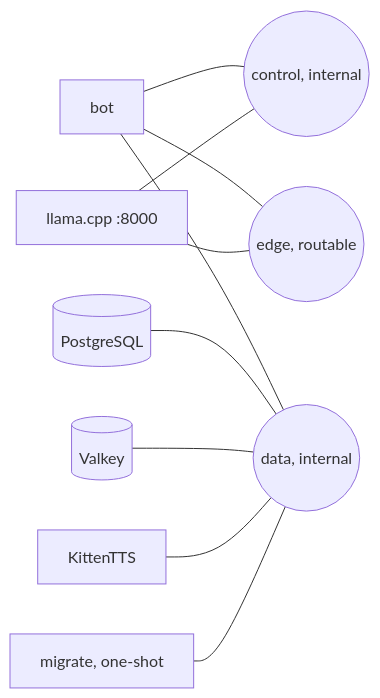
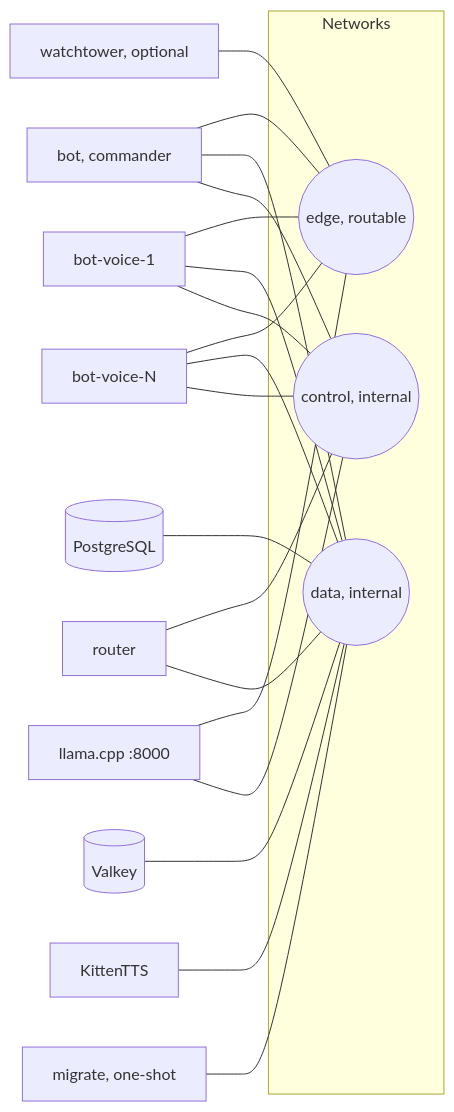
Before and after one commit to DeathSurfing/siela-bot: the diagram in deploy/podman/README.md, drawn with Mermaid. The commit also changed other lines of this file and 7 other files, not shown here.

First line of the commit message:
docs: fleet-aware Mermaid diagrams (#32)

````diff
--- a/deploy/podman/README.md
+++ b/deploy/podman/README.md
@@ -18,23 +16,42 @@
 ```mermaid
 flowchart LR
-  BOT[bot]
+  BOT[bot, commander]
+  ROUTER[router]
+  W1[bot-voice-1]
+  WN[bot-voice-N]
   LLM[llama.cpp :8000]
   PG[(PostgreSQL)]
   VK[(Valkey)]
   TTS[KittenTTS]
   MIG[migrate, one-shot]
+  WT[watchtower, optional]
 
   EDGE((edge, routable))
   DATA((data, internal))
   CONTROL((control, internal))
 
   BOT --- EDGE
   BOT --- DATA
   BOT --- CONTROL
+  ROUTER --- CONTROL
+  ROUTER --- DATA
+  W1 --- EDGE
+  W1 --- DATA
+  W1 --- CONTROL
+  WN --- EDGE
+  WN --- DATA
+  WN --- CONTROL
   LLM --- EDGE
   LLM --- CONTROL
   PG --- DATA
   VK --- DATA
   TTS --- DATA
   MIG --- DATA
+  WT --- EDGE
+
+  subgraph NT[Networks]
+    EDGE
+    DATA
+    CONTROL
+  end
 ```
````
